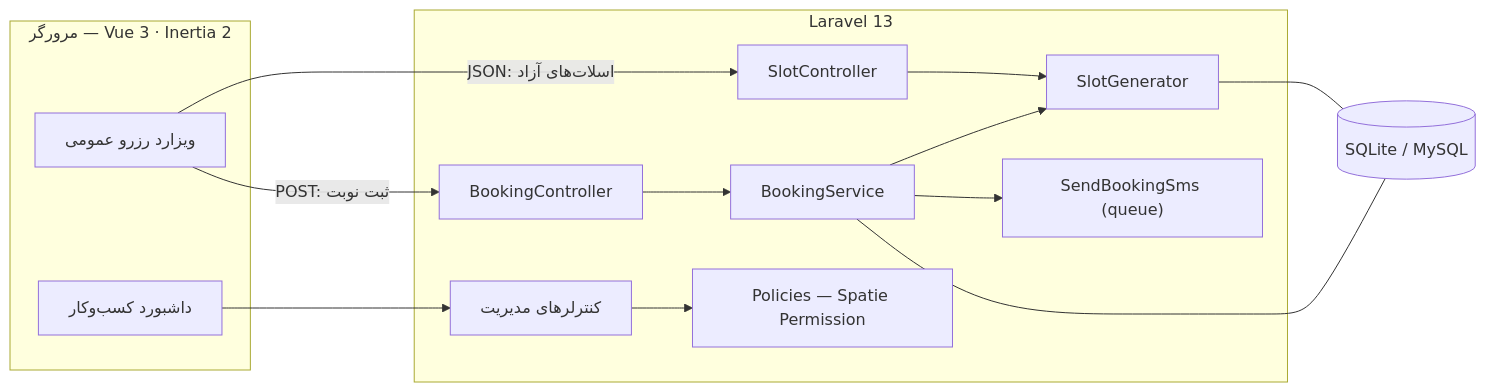
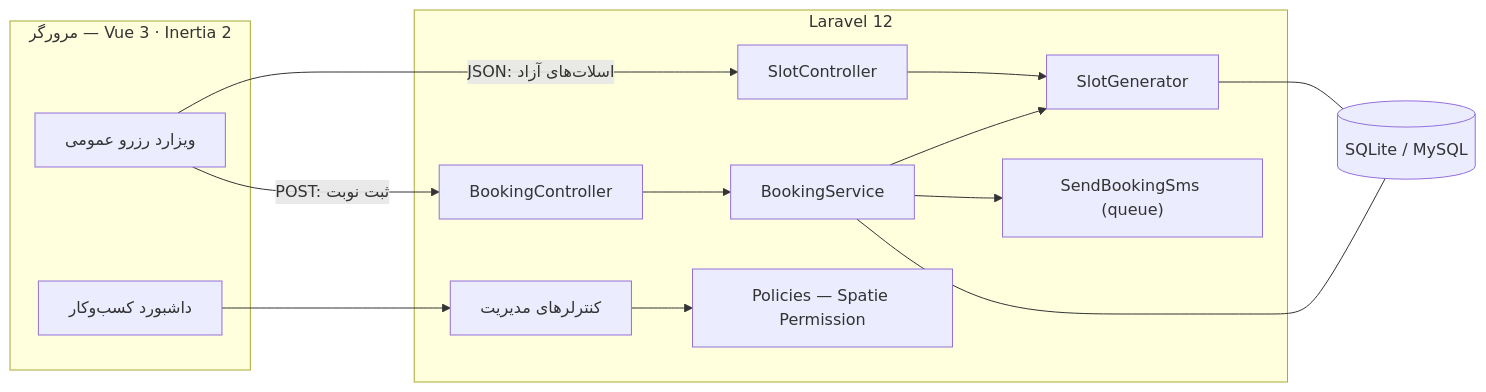
The first of 2 diagrams in README.md (Abolfazlrwm/nobat), drawn with Mermaid before and after one commit. The commit also changed other lines of this file and 3 other files, not shown here.

````diff
--- a/README.md
+++ b/README.md
@@ -171,30 +171,30 @@
 ```mermaid
 flowchart LR
     subgraph Browser["مرورگر — Vue 3 · Inertia 2"]
         W["ویزارد رزرو عمومی"]
         D["داشبورد کسب‌وکار"]
     end
 
-    subgraph Laravel["Laravel 13"]
+    subgraph Laravel["Laravel 12"]
         SC["SlotController"]
         BC["BookingController"]
         MC["کنترلرهای مدیریت"]
         SG["SlotGenerator"]
         BS["BookingService"]
         P["Policies — Spatie Permission"]
         Q["SendBookingSms (queue)"]
     end
 
     DB[("SQLite / MySQL")]
 
     W -- "JSON: اسلات‌های آزاد" --> SC
     W -- "POST: ثبت نوبت" --> BC
     SC --> SG
     BC --> BS
     BS --> SG
     BS --> Q
     D --> MC
     MC --> P
     SG --- DB
     BS --- DB
 ```
````
